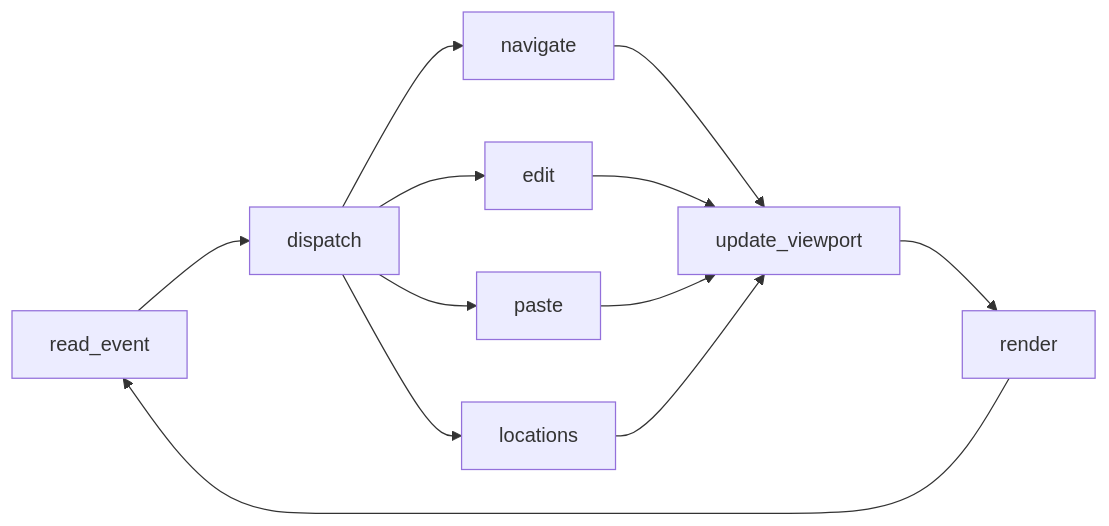
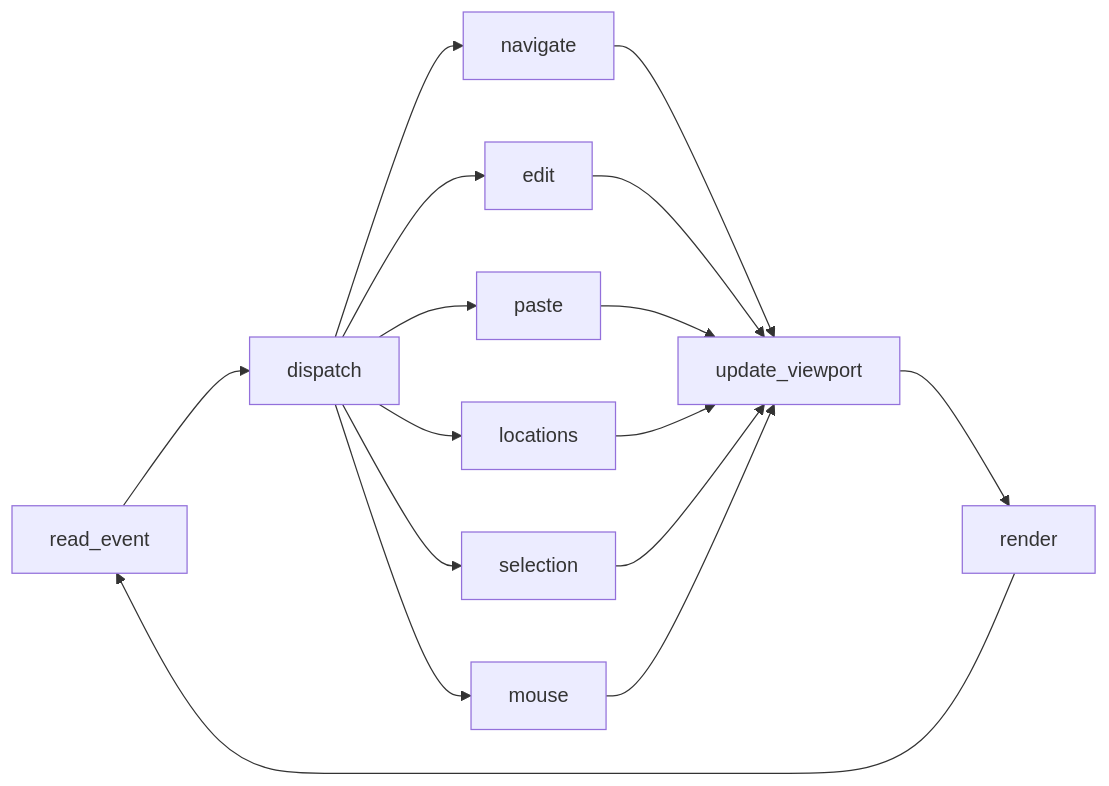
One commit to epatel/terminal_pad changed the diagram in cards/architecture.md. Above: the diagram before and after it, drawn with Mermaid. The commit also changed other lines of this file and 3 other files, not shown here.

````diff
--- a/cards/architecture.md
+++ b/cards/architecture.md
@@ -18,14 +19,18 @@
 ```mermaid
 flowchart LR
   read[read_event] --> dispatch[dispatch]
   dispatch --> nav[navigate]
   dispatch --> edit[edit]
   dispatch --> paste[paste]
   dispatch --> loc[locations]
+  dispatch --> sel[selection]
+  dispatch --> mouse[mouse]
   nav --> clamp[update_viewport]
   edit --> clamp
   paste --> clamp
   loc --> clamp
+  sel --> clamp
+  mouse --> clamp
   clamp --> draw[render]
   draw --> read
 ```
````
